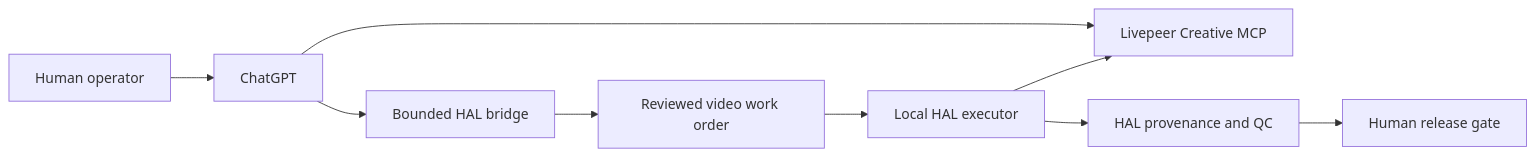
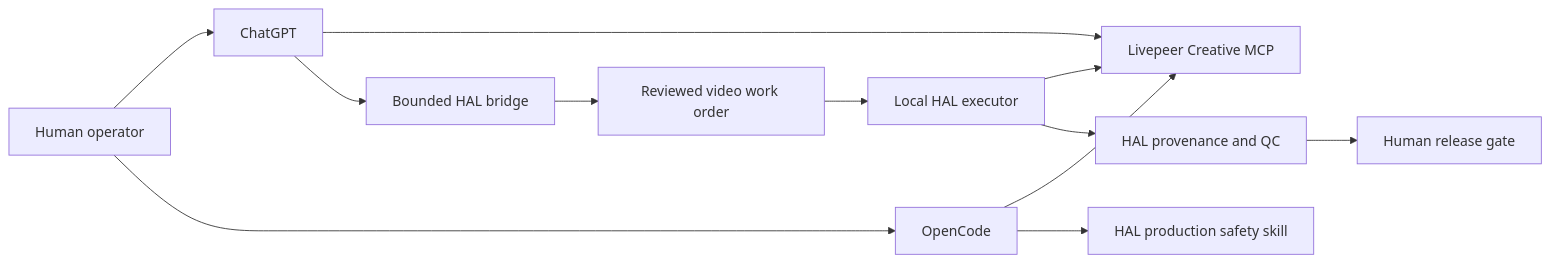
Before and after one commit to UniteAndCreateForLife/HAL_SUPREME: the diagram in case-studies/LIVEPEER_CHATGPT_MCP_2026-09-24.md, drawn with Mermaid. The commit also changed other lines of this file and 7 other files, not shown here.

Commit message:
docs: add OpenCode to Livepeer MCP case study

````diff
--- a/case-studies/LIVEPEER_CHATGPT_MCP_2026-09-24.md
+++ b/case-studies/LIVEPEER_CHATGPT_MCP_2026-09-24.md
@@ -13,11 +13,14 @@
 ```mermaid
 flowchart LR
     U[Human operator] --> C[ChatGPT]
+    U --> O[OpenCode]
     C --> L[Livepeer Creative MCP]
+    O --> L
+    O --> H[HAL production safety skill]
     C --> B[Bounded HAL bridge]
     B --> W[Reviewed video work order]
     W --> E[Local HAL executor]
     E --> L
     E --> Q[HAL provenance and QC]
     Q --> G[Human release gate]
 ```
````
